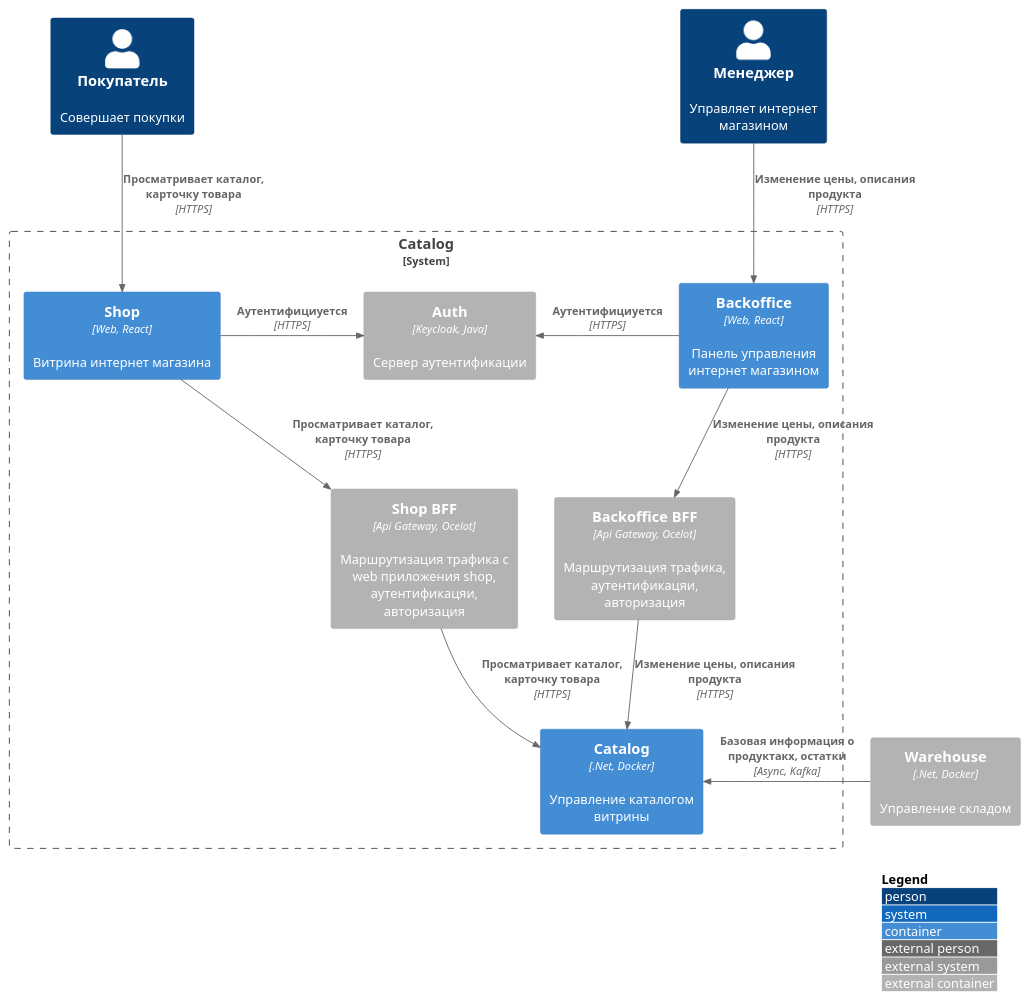
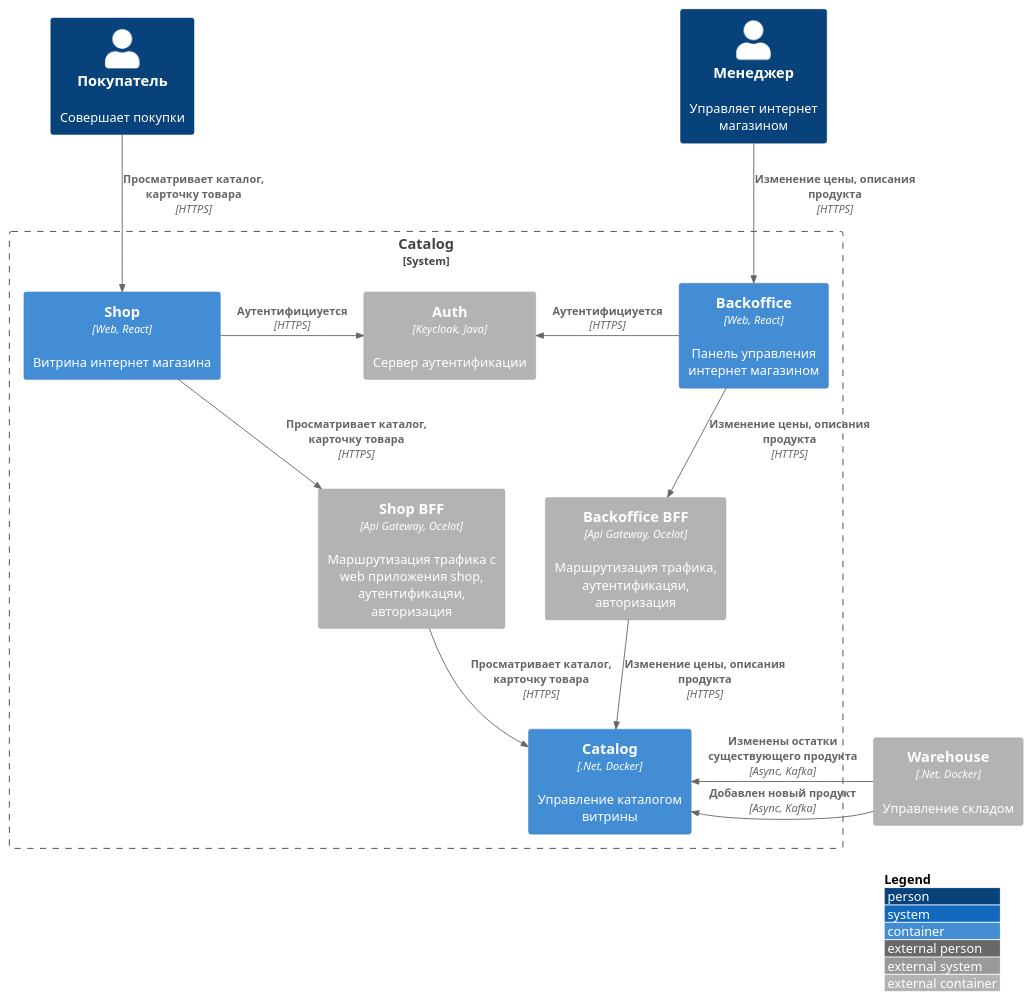
One commit to gerzhan/knigaexpert-system-design changed the first of 2 diagrams in services/catalog/README.md. Above: the diagram before and after it, drawn with PlantUML. The commit also changed other lines of this file and 6 other files, not shown here.

````diff
--- a/services/catalog/README.md
+++ b/services/catalog/README.md
@@ -8,41 +8,42 @@
 ```plantuml
 !include https://raw.githubusercontent.com/plantuml-stdlib/C4-PlantUML/master/C4_Container.puml
 
 skinparam wrapWidth 200
 skinparam maxMessageSize 200
 
 LAYOUT_TOP_DOWN()
 LAYOUT_WITH_LEGEND()
 
 Person(customer, Покупатель, "Совершает покупки")
 Person(manager, Менеджер, "Управляет интернет магазином")
 
 Container_Ext(warehouse, "Warehouse", ".Net, Docker", "Управление складом")
 
 System_Boundary(boundary, "Catalog") {
 ' Shop
 Container(shop_app, "Shop", "Web, React", "Витрина интернет магазина")
 Container_Ext(shop_bff, "Shop BFF", "Api Gateway, Ocelot", "Маршрутизация трафика c web приложения shop, аутентификацяи, авторизация")
 Rel(shop_app, shop_bff, "Просматривает каталог, карточку товара", "HTTPS")
 Rel(customer, shop_app, "Просматривает каталог, карточку товара", "HTTPS")
 
 ' Backoffice
 Container(backoffice_app, "Backoffice", "Web, React", "Панель управления интернет магазином")  
 Container_Ext(backoffice_bff, "Backoffice BFF", "Api Gateway, Ocelot", "Маршрутизация трафика, аутентификацяи, авторизация")
 Rel(backoffice_app, backoffice_bff, "Изменение цены, описания продукта", "HTTPS")
 Rel(manager, backoffice_app, "Изменение цены, описания продукта", "HTTPS")
 
 
 ' Services
 Container_Ext(auth, "Auth", "Keycloak, Java", "Сервер аутентификации")
 Rel_R(shop_app, auth, "Аутентифициуется", "HTTPS")
 Rel_L(backoffice_app, auth, "Аутентифициуется", "HTTPS")
 
 
 Container(catalog, "Catalog", ".Net, Docker", "Управление каталогом витрины")
-Rel_L(warehouse, catalog, "Базовая информация о продуктакх, остатки", "Async, Kafka")
+Rel_L(warehouse, catalog, "Добавлен новый продукт", "Async, Kafka")
+Rel_L(warehouse, catalog, "Изменены остатки существующего продукта", "Async, Kafka")
 Rel(shop_bff, catalog, "Просматривает каталог, карточку товара", "HTTPS")
 Rel(backoffice_bff, catalog, "Изменение цены, описания продукта", "HTTPS")
 }
 
 ```
````
